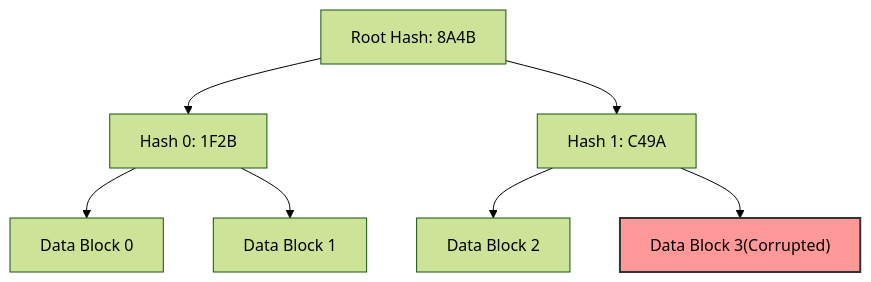
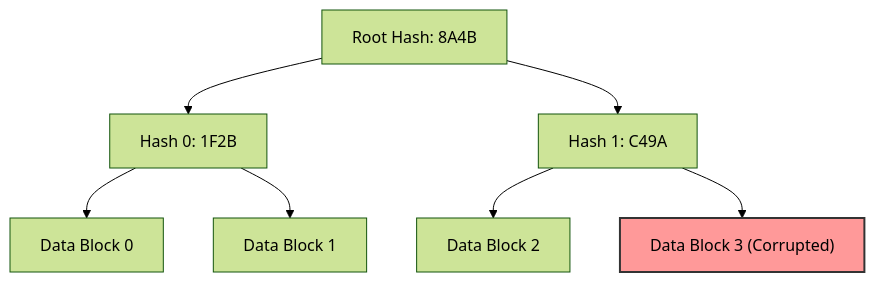
The second of 2 diagrams in src/content/docs/concepts/1-distributed-systems-architecture/byzantine-fault-tolerance.md (kythuatdulieu/kythuatdulieu.github.io), drawn with Mermaid (forest theme) before and after one commit. The commit also changed other lines of this file and 228 other files, not shown here.

Commit message:
Fix syntax and rewrite 200+ concepts docs to deep-dive system architecture and add GA4 tracking to quiz app

````diff
--- a/src/content/docs/concepts/1-distributed-systems-architecture/byzantine-fault-tolerance.md
+++ b/src/content/docs/concepts/1-distributed-systems-architecture/byzantine-fault-tolerance.md
@@ -94,11 +104,11 @@
 ```mermaid
 graph TD
     Root["Root Hash: 8A4B"] --> H0["Hash 0: 1F2B"]
     Root --> H1["Hash 1: C49A"]
     H0 --> Data0["Data Block 0"]
     H0 --> Data1["Data Block 1"]
     H1 --> Data2["Data Block 2"]
-    H1 --> Data3["Data Block 3(Corrupted)"]
+    H1 --> Data3["Data Block 3 (Corrupted)"]
     
     style Data3 fill:#ff9999,stroke:#333,stroke-width:2px
 ```
````
